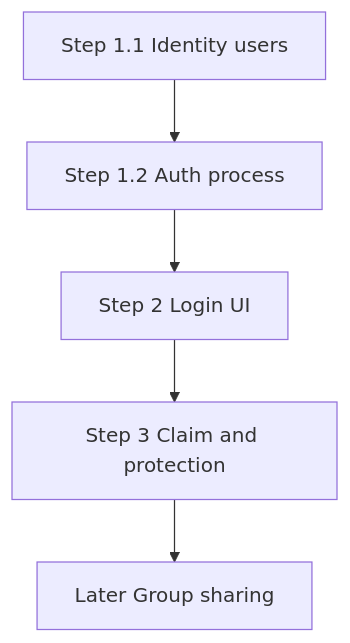
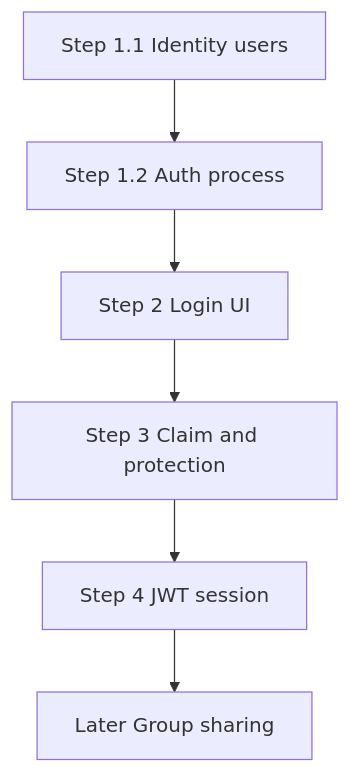
The diagram in Authentication.md (NotThaDev/KeepItSimple), drawn with Mermaid before and after one commit. The commit also changed other lines of this file, not shown here.

Commit message:
Added JWT auth based step

````diff
--- a/Authentication.md
+++ b/Authentication.md
@@ -13,7 +13,8 @@
 ```mermaid
 flowchart TD
   step1a[Step 1.1 Identity users] --> step1b[Step 1.2 Auth process]
   step1b --> step2[Step 2 Login UI]
   step2 --> step3[Step 3 Claim and protection]
-  step3 --> later[Later Group sharing]
+  step3 --> step4[Step 4 JWT session]
+  step4 --> later[Later Group sharing]
 ```
````
